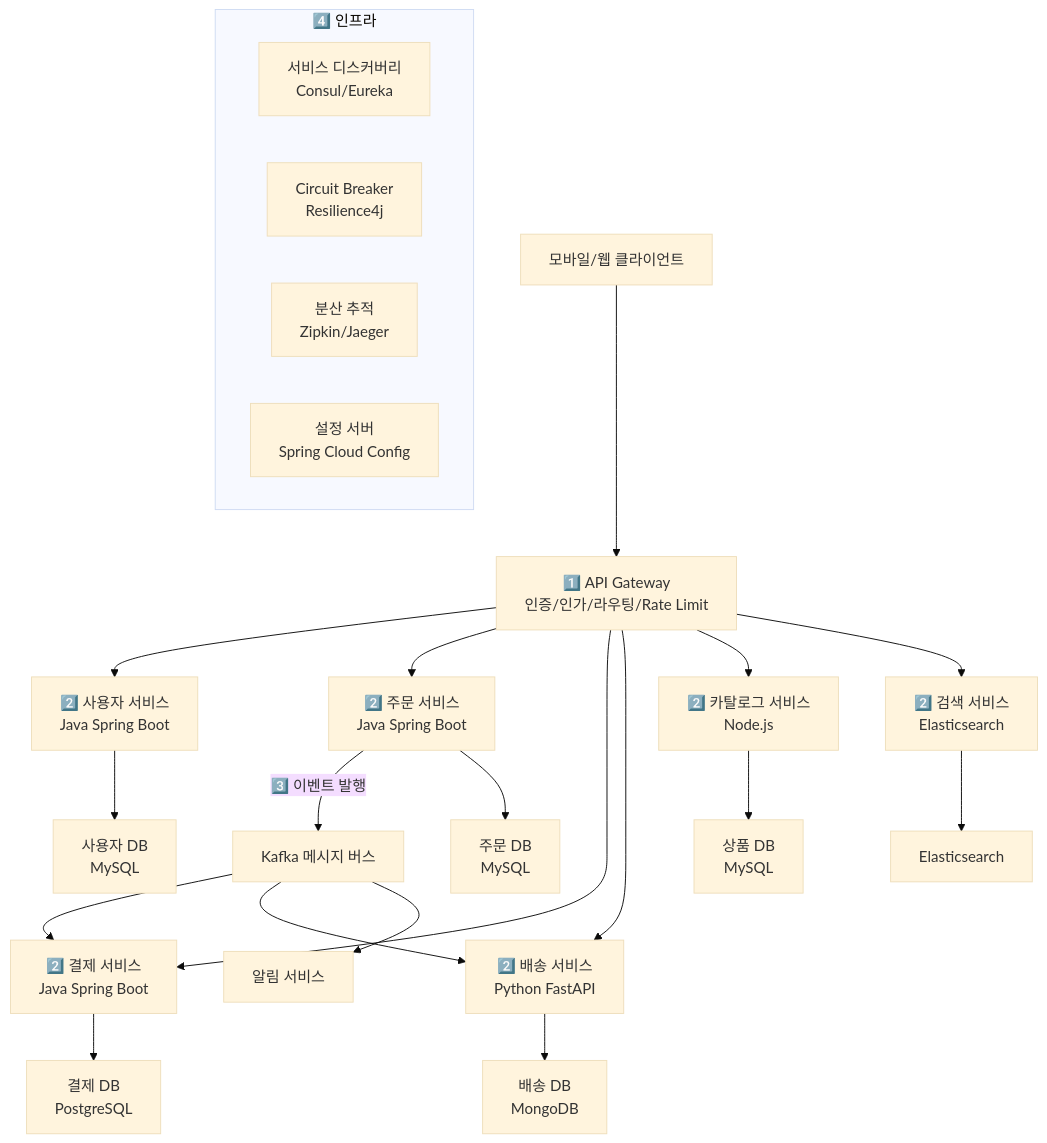
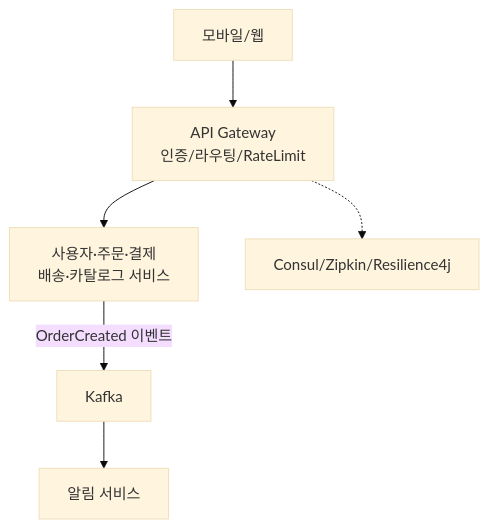
The fifth of 15 diagrams in _posts/architecture/2026-05-02-msa-deep.md (yjkim2015/yjkim2015.github.io), drawn with Mermaid (base theme) before and after one commit. The commit also changed other lines of this file and 215 other files, not shown here.

First line of the commit message:
신규 포스트 10개 추가 + Mermaid 전면 축소 + SystemDesign 시리즈 보강

````diff
--- a/_posts/architecture/2026-05-02-msa-deep.md
+++ b/_posts/architecture/2026-05-02-msa-deep.md
@@ -126,31 +92,8 @@
 ```mermaid
 graph TD
-    Client["모바일/웹 클라이언트"]
-    Client --> AG["1️⃣ API Gateway\n인증/인가/라우팅/Rate Limit"]
-
-    AG --> US["2️⃣ 사용자 서비스\nJava Spring Boot"]
-    AG --> OS["2️⃣ 주문 서비스\nJava Spring Boot"]
-    AG --> PS["2️⃣ 결제 서비스\nJava Spring Boot"]
-    AG --> DS["2️⃣ 배송 서비스\nPython FastAPI"]
-    AG --> CS["2️⃣ 카탈로그 서비스\nNode.js"]
-    AG --> SS["2️⃣ 검색 서비스\nElasticsearch"]
-
-    OS -->|"3️⃣ 이벤트 발행"| Kafka["Kafka 메시지 버스"]
-    Kafka --> PS
-    Kafka --> DS
-    Kafka --> NS["알림 서비스"]
-
-    US --> UserDB["사용자 DB\nMySQL"]
-    OS --> OrderDB["주문 DB\nMySQL"]
-    PS --> PayDB["결제 DB\nPostgreSQL"]
-    DS --> DeliveryDB["배송 DB\nMongoDB"]
-    CS --> CatalogDB["상품 DB\nMySQL"]
-    SS --> ESCluster["Elasticsearch"]
-
-    subgraph "4️⃣ 인프라"
-        SD["서비스 디스커버리\nConsul/Eureka"]
-        CB["Circuit Breaker\nResilience4j"]
-        DT["분산 추적\nZipkin/Jaeger"]
-        Config["설정 서버\nSpring Cloud Config"]
-    end
+    Client["모바일/웹"] --> AG["API Gateway\n인증/라우팅/RateLimit"]
+    AG --> Services["사용자·주문·결제\n배송·카탈로그 서비스"]
+    Services -->|"OrderCreated 이벤트"| Kafka["Kafka"]
+    Kafka --> Notify["알림 서비스"]
+    AG -.-> Infra["Consul/Zipkin/Resilience4j"]
 ```
````
